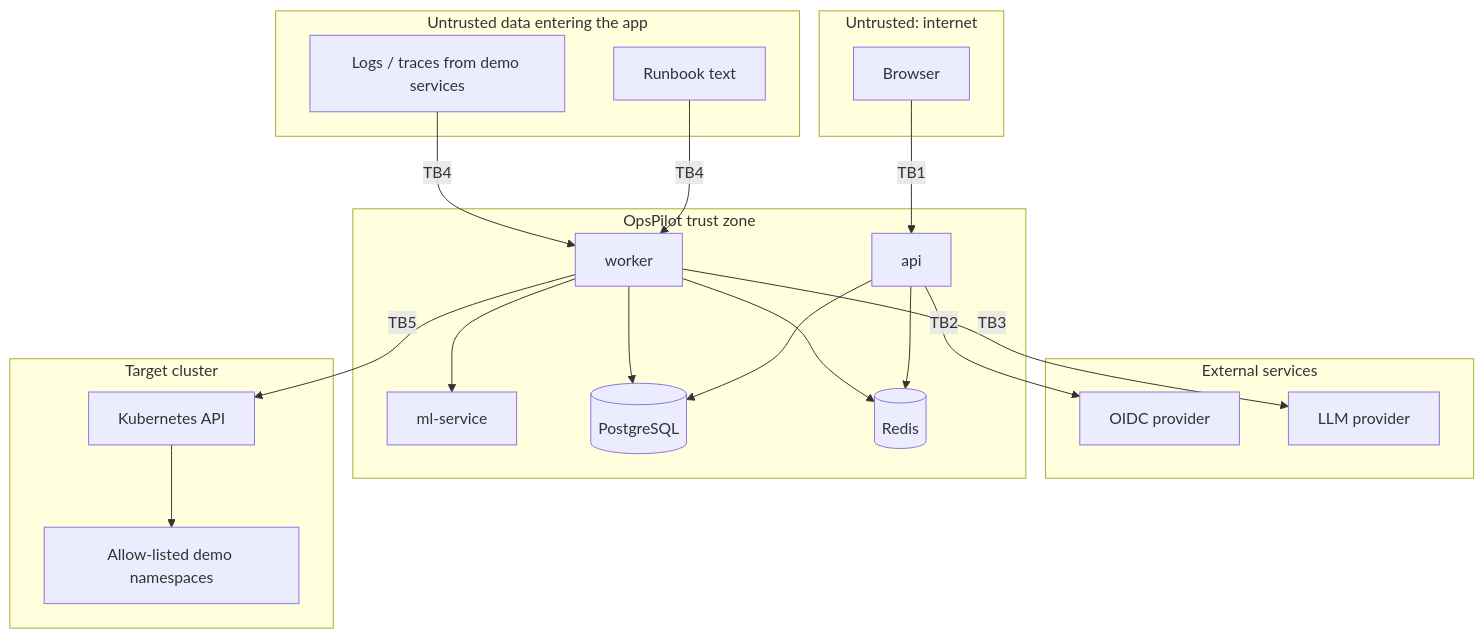
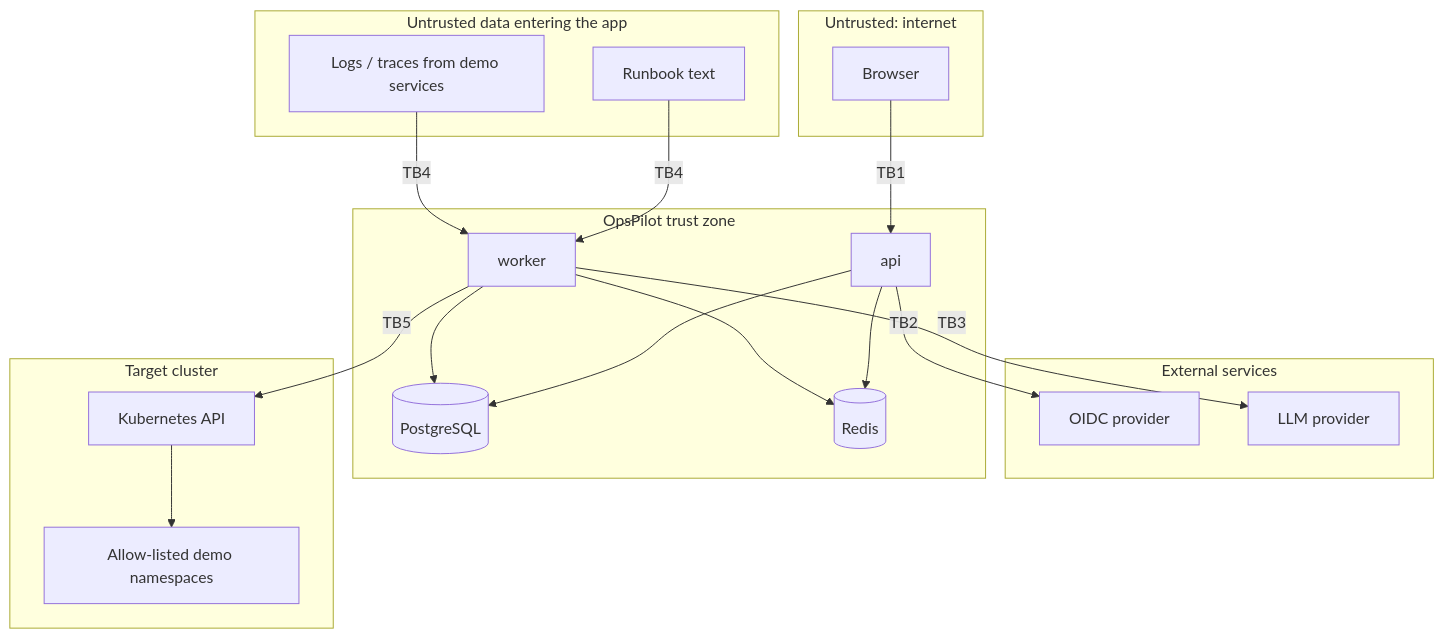
The third of 3 diagrams in docs/architecture/overview.md (Kunj157/opspilot), drawn with Mermaid before and after one commit. The commit also changed other lines of this file and 2 other files, not shown here.

First line of the commit message:
docs: consolidated threat model and current architecture overview

````diff
--- a/docs/architecture/overview.md
+++ b/docs/architecture/overview.md
@@ -78,37 +81,35 @@
 ```mermaid
 flowchart TB
     subgraph Internet["Untrusted: internet"]
         B[Browser]
     end
     subgraph Ext["External services"]
         IDP[OIDC provider]
         LLM[LLM provider]
     end
     subgraph App["OpsPilot trust zone"]
         API[api]
         WK[worker]
-        ML[ml-service]
         DB[(PostgreSQL)]
         RD[(Redis)]
     end
     subgraph Data["Untrusted data entering the app"]
         RB[Runbook text]
         TEL[Logs / traces from demo services]
     end
     subgraph Cluster["Target cluster"]
         KAPI[Kubernetes API]
         NS[Allow-listed demo namespaces]
     end
 
     B -- TB1 --> API
     API -- TB2 --> IDP
     WK -- TB3 --> LLM
     RB -- TB4 --> WK
     TEL -- TB4 --> WK
     WK -- TB5 --> KAPI --> NS
     API --> DB
     WK --> DB
     API --> RD
     WK --> RD
-    WK --> ML
 ```
````
